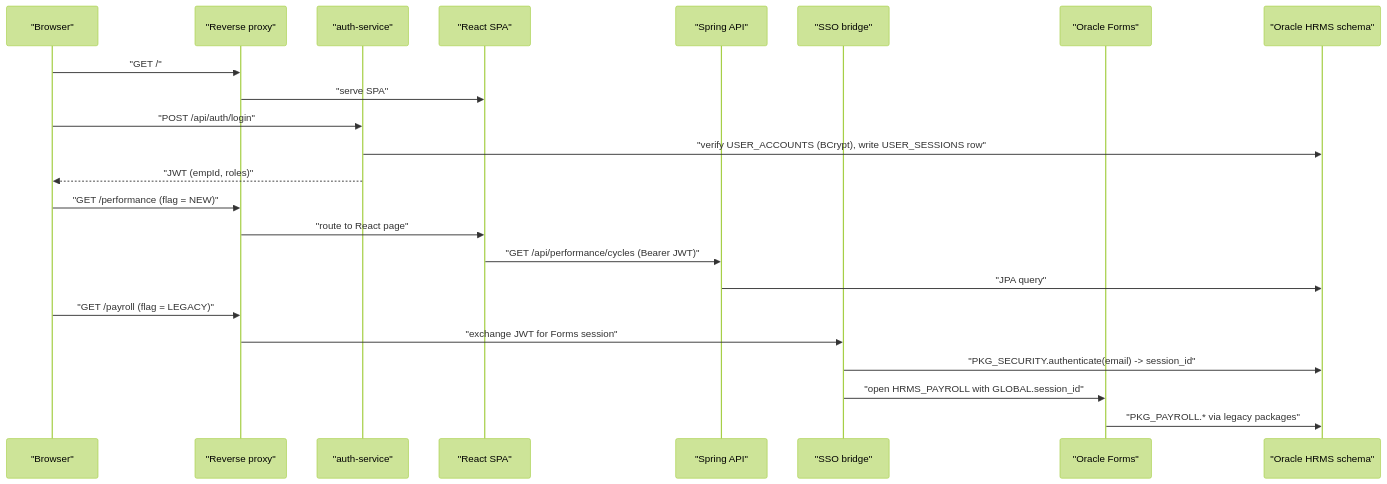
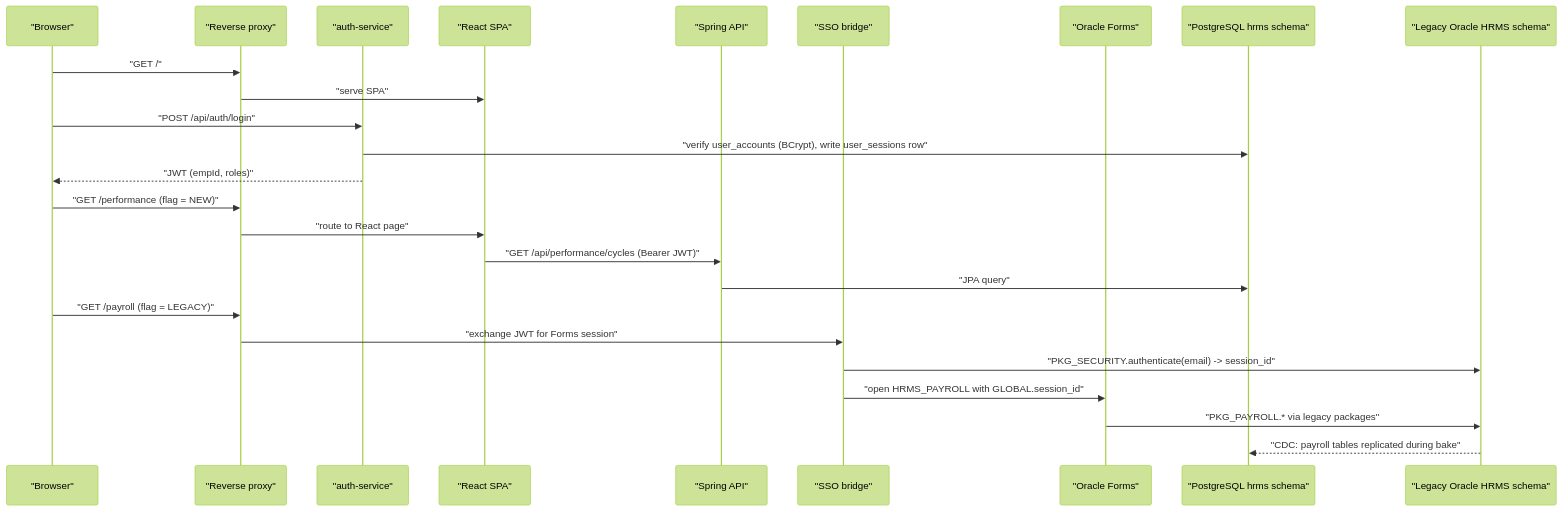
One commit to codev-workshops/ts-plsql-oracle-forms-hrms changed the third of 3 diagrams in CUTOVER_PLAN.md. Above: the diagram before and after it, drawn with Mermaid (forest theme). The commit also changed other lines of this file and 6 other files, not shown here.

First line of the commit message:
docs: PostgreSQL target, pure-Java rewrite, legacy PL/SQL as Oracle-only golden oracle

````diff
--- a/CUTOVER_PLAN.md
+++ b/CUTOVER_PLAN.md
@@ -84,26 +90,28 @@
 ```mermaid
 sequenceDiagram
   participant B as "Browser"
   participant P as "Reverse proxy"
   participant A as "auth-service"
   participant R as "React SPA"
   participant S as "Spring API"
   participant X as "SSO bridge"
   participant F as "Oracle Forms"
-  participant D as "Oracle HRMS schema"
+  participant G as "PostgreSQL hrms schema"
+  participant D as "Legacy Oracle HRMS schema"
 
   B->>P: "GET /"
   P->>R: "serve SPA"
   B->>A: "POST /api/auth/login"
-  A->>D: "verify USER_ACCOUNTS (BCrypt), write USER_SESSIONS row"
+  A->>G: "verify user_accounts (BCrypt), write user_sessions row"
   A-->>B: "JWT (empId, roles)"
   B->>P: "GET /performance (flag = NEW)"
   P->>R: "route to React page"
   R->>S: "GET /api/performance/cycles (Bearer JWT)"
-  S->>D: "JPA query"
+  S->>G: "JPA query"
   B->>P: "GET /payroll (flag = LEGACY)"
   P->>X: "exchange JWT for Forms session"
   X->>D: "PKG_SECURITY.authenticate(email) -> session_id"
   X->>F: "open HRMS_PAYROLL with GLOBAL.session_id"
   F->>D: "PKG_PAYROLL.* via legacy packages"
+  D-->>G: "CDC: payroll tables replicated during bake"
 ```
````
